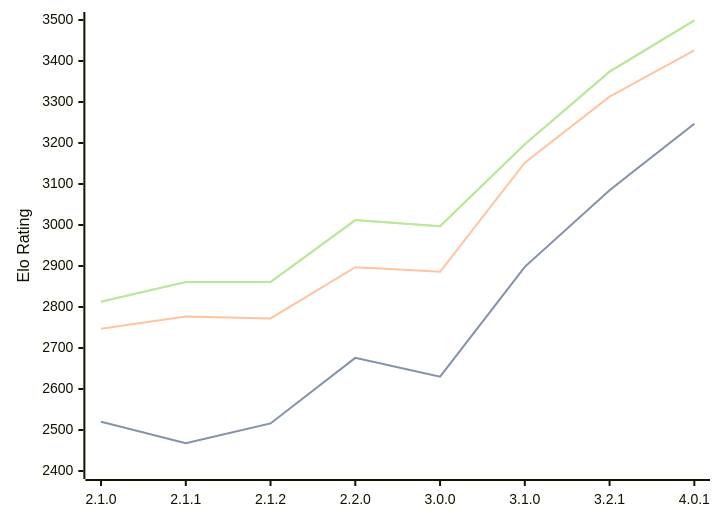
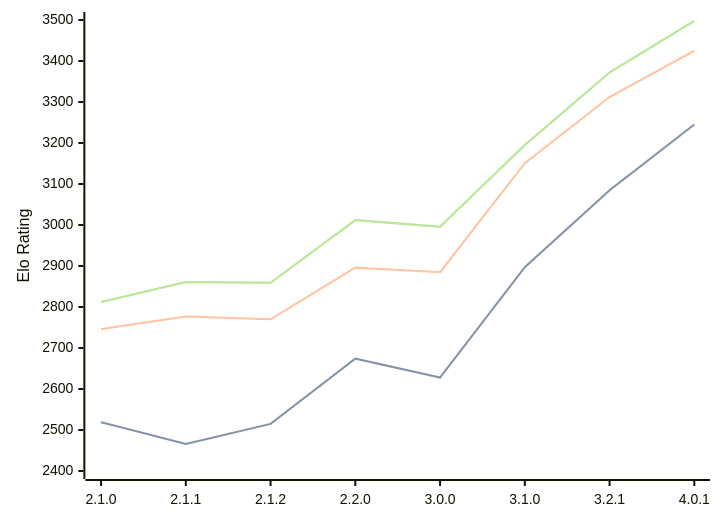
The diagram in engines/Prune.md (computer-chess-index/cci), drawn with Mermaid before and after one commit. The commit also changed other lines of this file, not shown here.

Commit message:
Update CCI Ratings (ELO VLTC) - 2026-08-04

````diff
--- a/engines/Prune.md
+++ b/engines/Prune.md
@@ -44,11 +44,11 @@
 ```mermaid
 %%{init: {"theme":"base","themeVariables":{"seriesColors:['#a3a3a3','#222221','#faa371']}}}%%
 xychart-beta
   x-axis ["2.1.0", "2.1.1", "2.1.2", "2.2.0", "3.0.0", "3.1.0", "3.2.1", "4.0.1"]
   y-axis "Elo Rating" 2400 --> 3500
-  line "STC (8.0+0.08s)" [2520, 2468, 2516, 2676, 2630, 2898, 3085, 3247]
-  line "STC (8.0+0.08s)" [2520, 2468, 2516, 2676, 2630, 2898, 3085, 3247]
-  line "LTC (60.0+0.60s)" [2747, 2777, 2772, 2897, 2886, 3152, 3313, 3426]
-  line "VLTC (2m24s+1.12s)" [2813, 2861, 2861, 3012, 2997, 3197, 3374, 3499]
-  line "VLTC (2m24s+1.12s)" [2813, 2861, 2861, 3012, 2997, 3197, 3374, 3499]
+  line "STC (8.0+0.08s)" [2519, 2466, 2515, 2674, 2628, 2897, 3085, 3245]
+  line "STC (8.0+0.08s)" [2519, 2466, 2515, 2674, 2628, 2897, 3085, 3245]
+  line "LTC (60.0+0.60s)" [2746, 2777, 2770, 2896, 2885, 3151, 3312, 3425]
+  line "VLTC (2m24s+1.12s)" [2812, 2861, 2859, 3012, 2996, 3195, 3372, 3498]
+  line "VLTC (2m24s+1.12s)" [2812, 2861, 2859, 3012, 2996, 3195, 3372, 3498]
 ```
````
